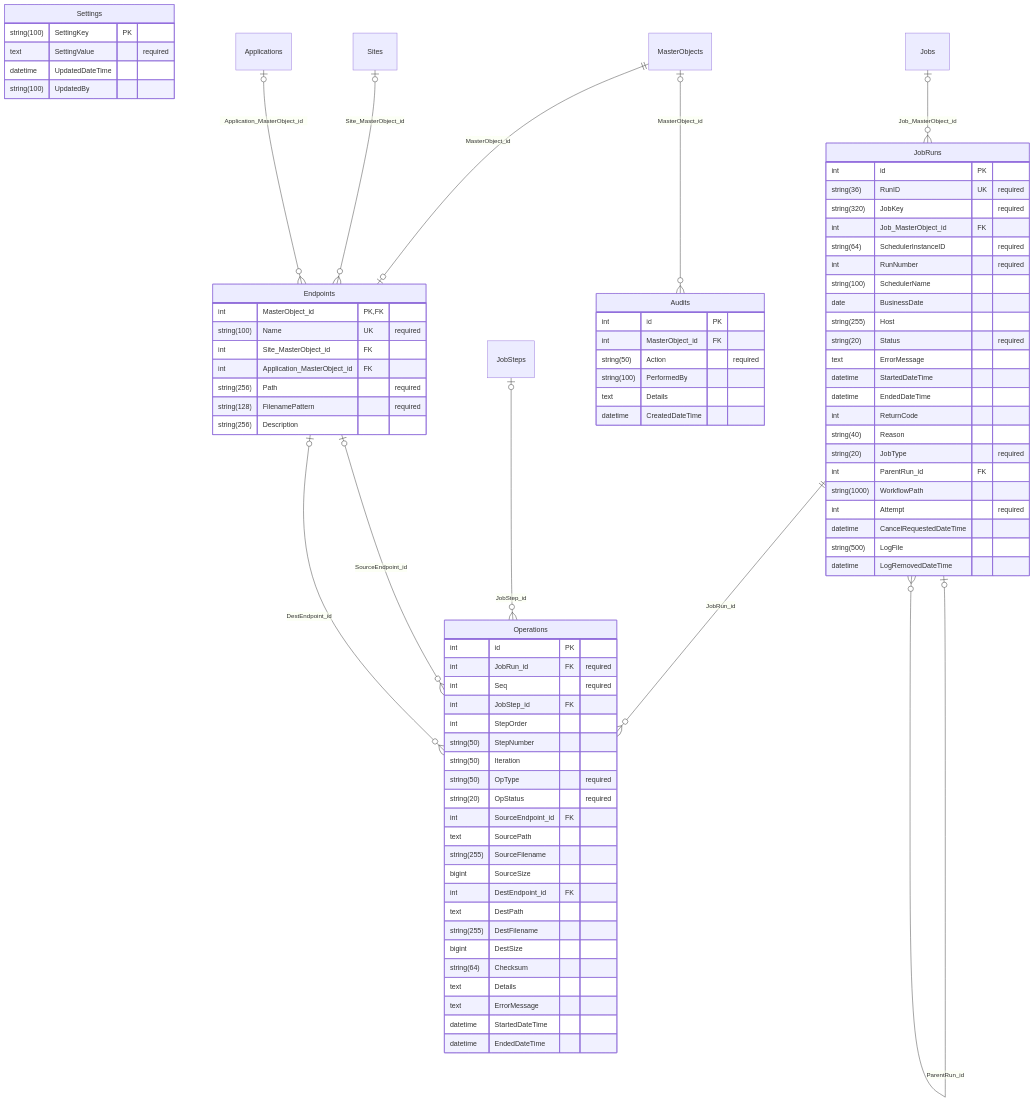
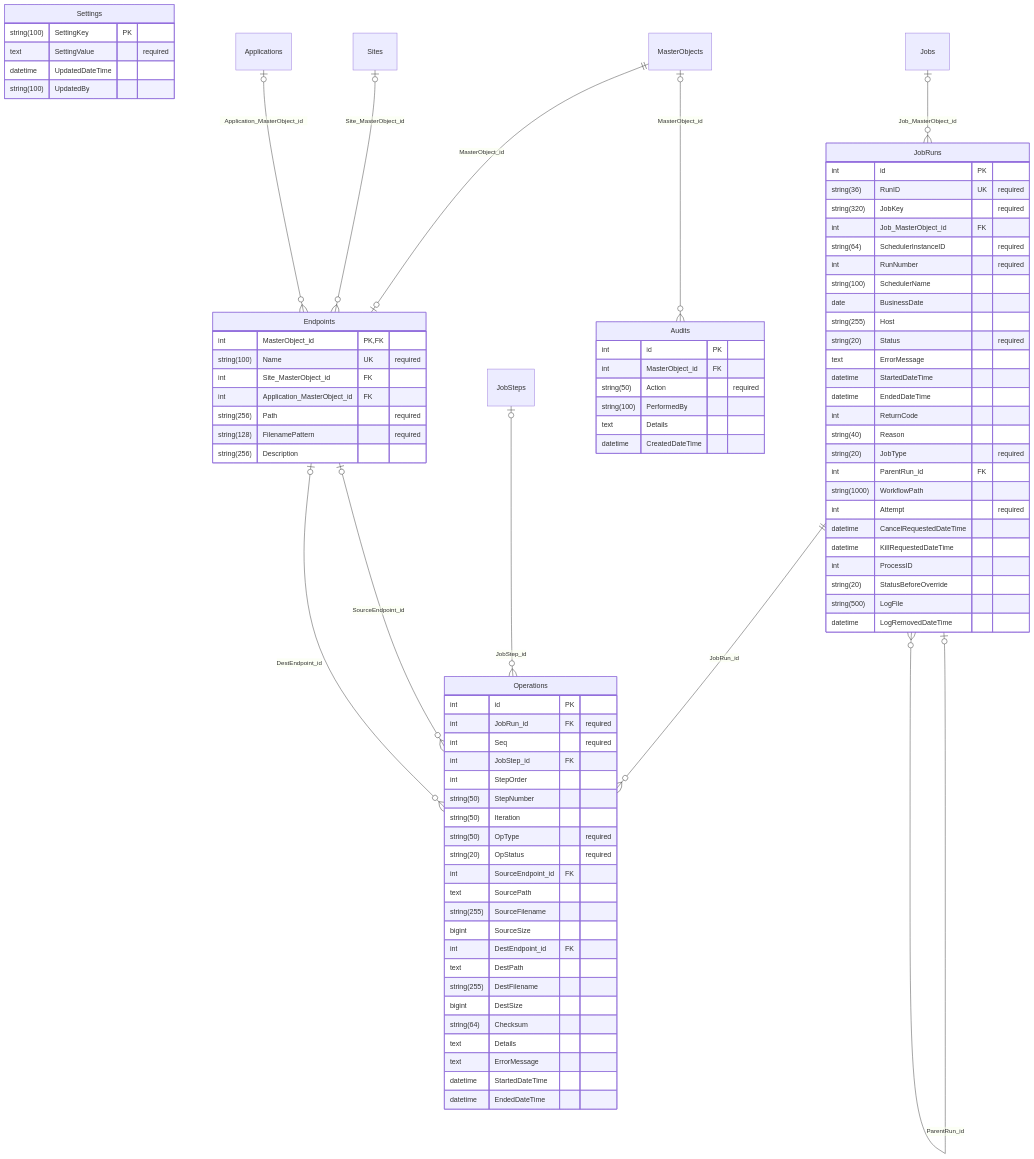
One commit to JayCBoal/AutomationApp changed the fifth of 5 diagrams in docs/DB_SCHEMA.md. Above: the diagram before and after it, drawn with Mermaid. The commit also changed other lines of this file and 47 other files, not shown here.

```diff
--- a/docs/DB_SCHEMA.md
+++ b/docs/DB_SCHEMA.md
@@ -310,6 +364,9 @@
         string(1000) WorkflowPath
         int Attempt "required"
         datetime CancelRequestedDateTime
+        datetime KillRequestedDateTime
+        int ProcessID
+        string(20) StatusBeforeOverride
         string(500) LogFile
         datetime LogRemovedDateTime
     }
```
